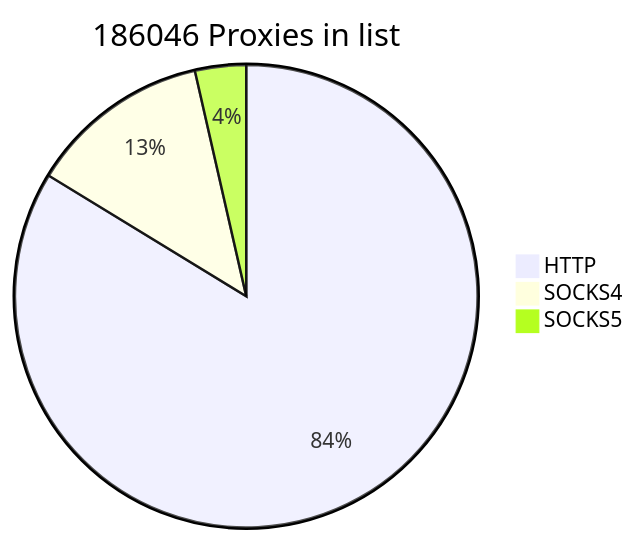
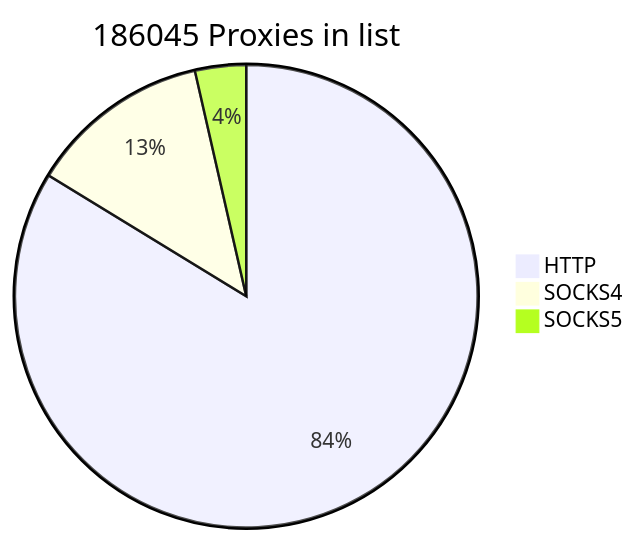
One commit to cutipu/proxylist changed the first of 2 diagrams in README.md. Above: the diagram before and after it, drawn with Mermaid. The commit also changed other lines of this file, not shown here.

````diff
--- a/README.md
+++ b/README.md
@@ -2,7 +2,7 @@
 ```mermaid
-pie title 186046 Proxies in list
+pie title 186045 Proxies in list
     "HTTP" : 155773
     "SOCKS4" : 23637
-    "SOCKS5" : 6636
+    "SOCKS5" : 6635
             
 ```
````
